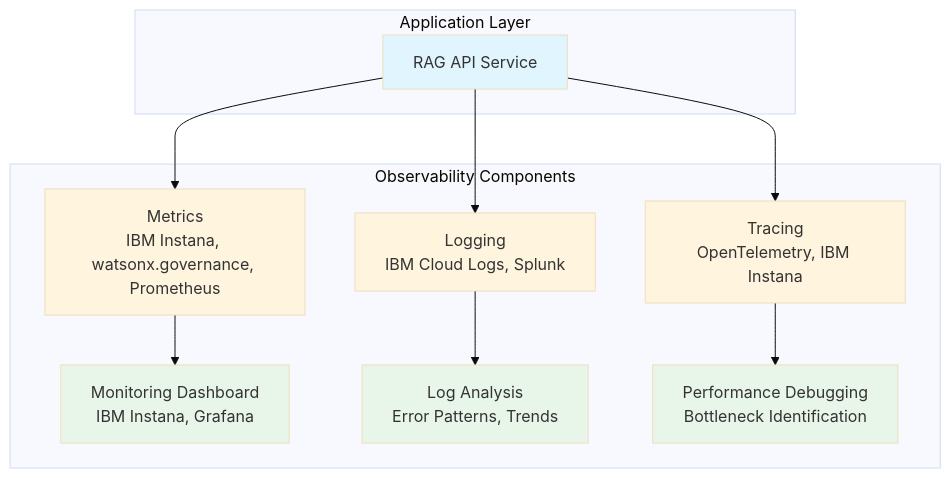
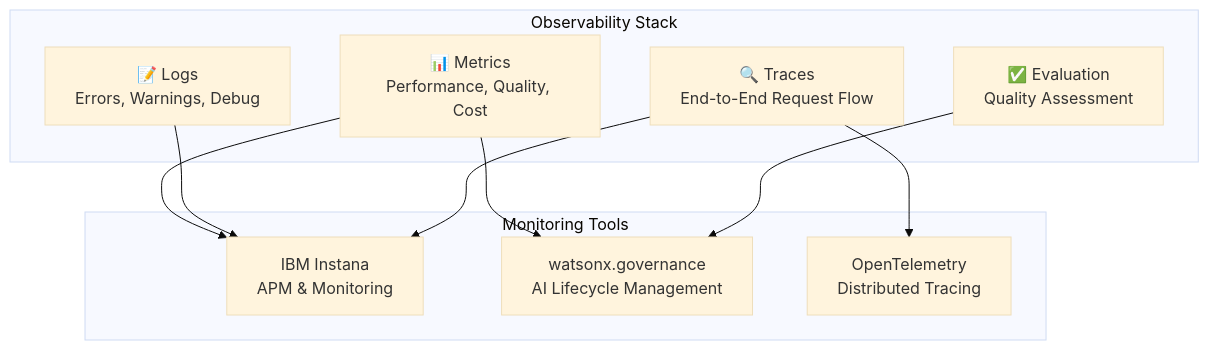
The fourth of 4 diagrams in Enterprise_RAG_Architecture_Guide.md (pravinbhat/pravinbhat.github.io), drawn with Mermaid (base theme) before and after one commit. The commit also changed other lines of this file, not shown here.

````diff
--- a/Enterprise_RAG_Architecture_Guide.md
+++ b/Enterprise_RAG_Architecture_Guide.md
@@ -913,21 +996,22 @@
 ```mermaid
 graph TB
-    subgraph "Application Layer"
-        API[RAG API Service]
+    subgraph "Observability Stack"
+        Metrics[📊 Metrics<br/>Performance, Quality, Cost]
+        Logs[📝 Logs<br/>Errors, Warnings, Debug]
+        Traces[🔍 Traces<br/>End-to-End Request Flow]
+        Eval[✅ Evaluation<br/>Quality Assessment]
     end
     
-    subgraph "Observability Components"
-        API --> Metrics[Metrics<br/>IBM Instana, watsonx.governance, Prometheus]
-        API --> Logs[Logging<br/>IBM Cloud Logs, Splunk]
-        API --> Traces[Tracing<br/>OpenTelemetry, IBM Instana]
-        
-        Metrics --> Dashboard[Monitoring Dashboard<br/>IBM Instana, Grafana]
-        Logs --> Analysis[Log Analysis<br/>Error Patterns, Trends]
-        Traces --> Debug[Performance Debugging<br/>Bottleneck Identification]
+    subgraph "Monitoring Tools"
+        Instana[IBM Instana<br/>APM & Monitoring]
+        Governance[watsonx.governance<br/>AI Lifecycle Management]
+        OpenTel[OpenTelemetry<br/>Distributed Tracing]
     end
     
-    style API fill:#e1f5ff
-    style Dashboard fill:#e8f5e9
-    style Analysis fill:#e8f5e9
-    style Debug fill:#e8f5e9
+    Metrics --> Instana
+    Metrics --> Governance
+    Logs --> Instana
+    Traces --> OpenTel
+    Traces --> Instana
+    Eval --> Governance
 ```
````
